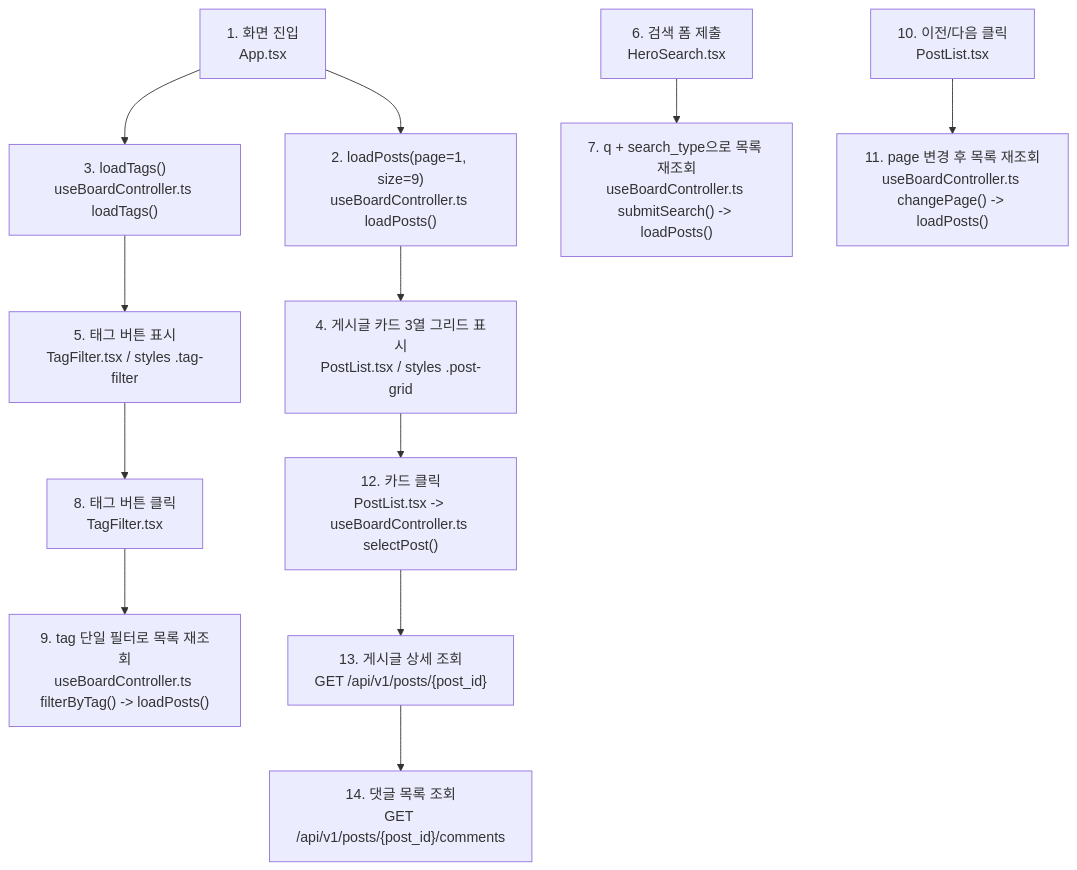
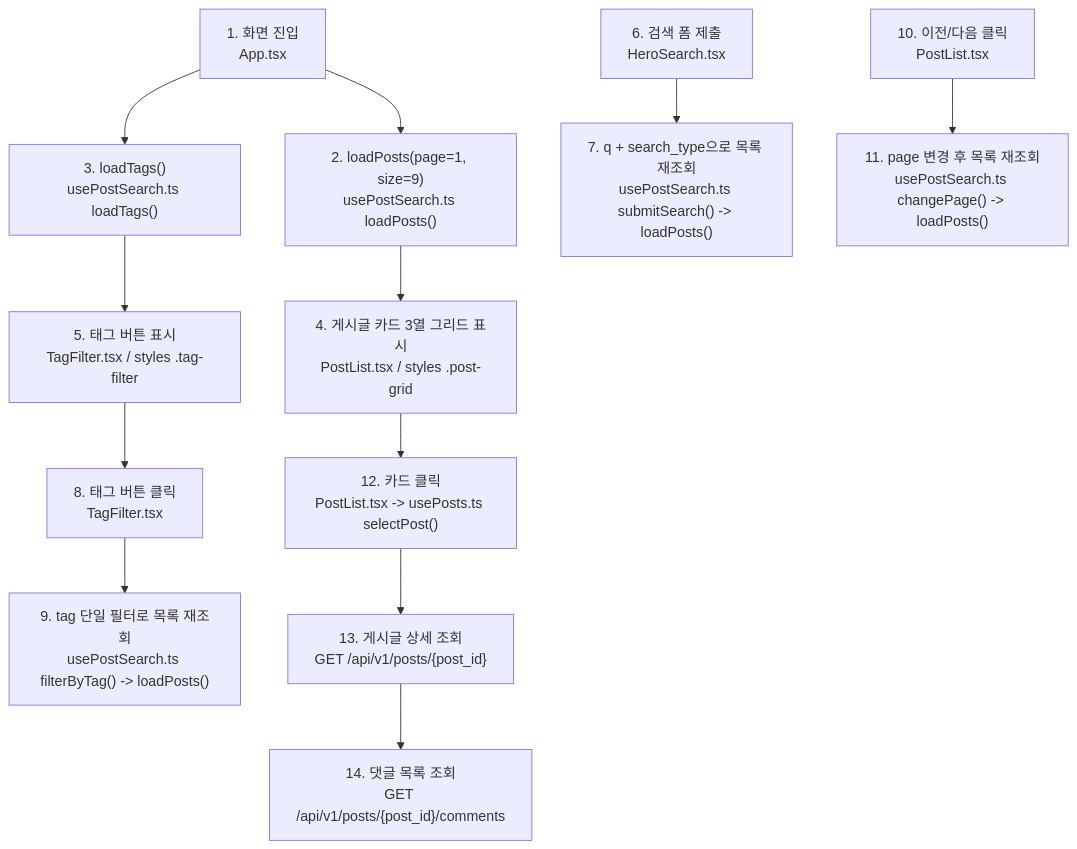
The sixth of 6 diagrams in docs2/sprint-4/implementation-record.md (JUNGLE-TEAM1/W16_team_sprint), drawn with Mermaid before and after one commit. The commit also changed other lines of this file and 7 other files, not shown here.

````diff
--- a/docs2/sprint-4/implementation-record.md
+++ b/docs2/sprint-4/implementation-record.md
@@ -587,14 +613,14 @@
 ```mermaid
 flowchart TD
-    A["1. 화면 진입<br/>App.tsx"] --> B["2. loadPosts(page=1, size=9)<br/>useBoardController.ts loadPosts()"]
-    A --> C["3. loadTags()<br/>useBoardController.ts loadTags()"]
+    A["1. 화면 진입<br/>App.tsx"] --> B["2. loadPosts(page=1, size=9)<br/>usePostSearch.ts loadPosts()"]
+    A --> C["3. loadTags()<br/>usePostSearch.ts loadTags()"]
     B --> D["4. 게시글 카드 3열 그리드 표시<br/>PostList.tsx / styles .post-grid"]
     C --> E["5. 태그 버튼 표시<br/>TagFilter.tsx / styles .tag-filter"]
-    F["6. 검색 폼 제출<br/>HeroSearch.tsx"] --> G["7. q + search_type으로 목록 재조회<br/>useBoardController.ts submitSearch() -> loadPosts()"]
+    F["6. 검색 폼 제출<br/>HeroSearch.tsx"] --> G["7. q + search_type으로 목록 재조회<br/>usePostSearch.ts submitSearch() -> loadPosts()"]
     E --> H["8. 태그 버튼 클릭<br/>TagFilter.tsx"]
-    H --> I["9. tag 단일 필터로 목록 재조회<br/>useBoardController.ts filterByTag() -> loadPosts()"]
-    J["10. 이전/다음 클릭<br/>PostList.tsx"] --> K["11. page 변경 후 목록 재조회<br/>useBoardController.ts changePage() -> loadPosts()"]
-    D --> L["12. 카드 클릭<br/>PostList.tsx -> useBoardController.ts selectPost()"]
+    H --> I["9. tag 단일 필터로 목록 재조회<br/>usePostSearch.ts filterByTag() -> loadPosts()"]
+    J["10. 이전/다음 클릭<br/>PostList.tsx"] --> K["11. page 변경 후 목록 재조회<br/>usePostSearch.ts changePage() -> loadPosts()"]
+    D --> L["12. 카드 클릭<br/>PostList.tsx -> usePosts.ts selectPost()"]
     L --> M["13. 게시글 상세 조회<br/>GET /api/v1/posts/{post_id}"]
     M --> N["14. 댓글 목록 조회<br/>GET /api/v1/posts/{post_id}/comments"]
 ```
````
